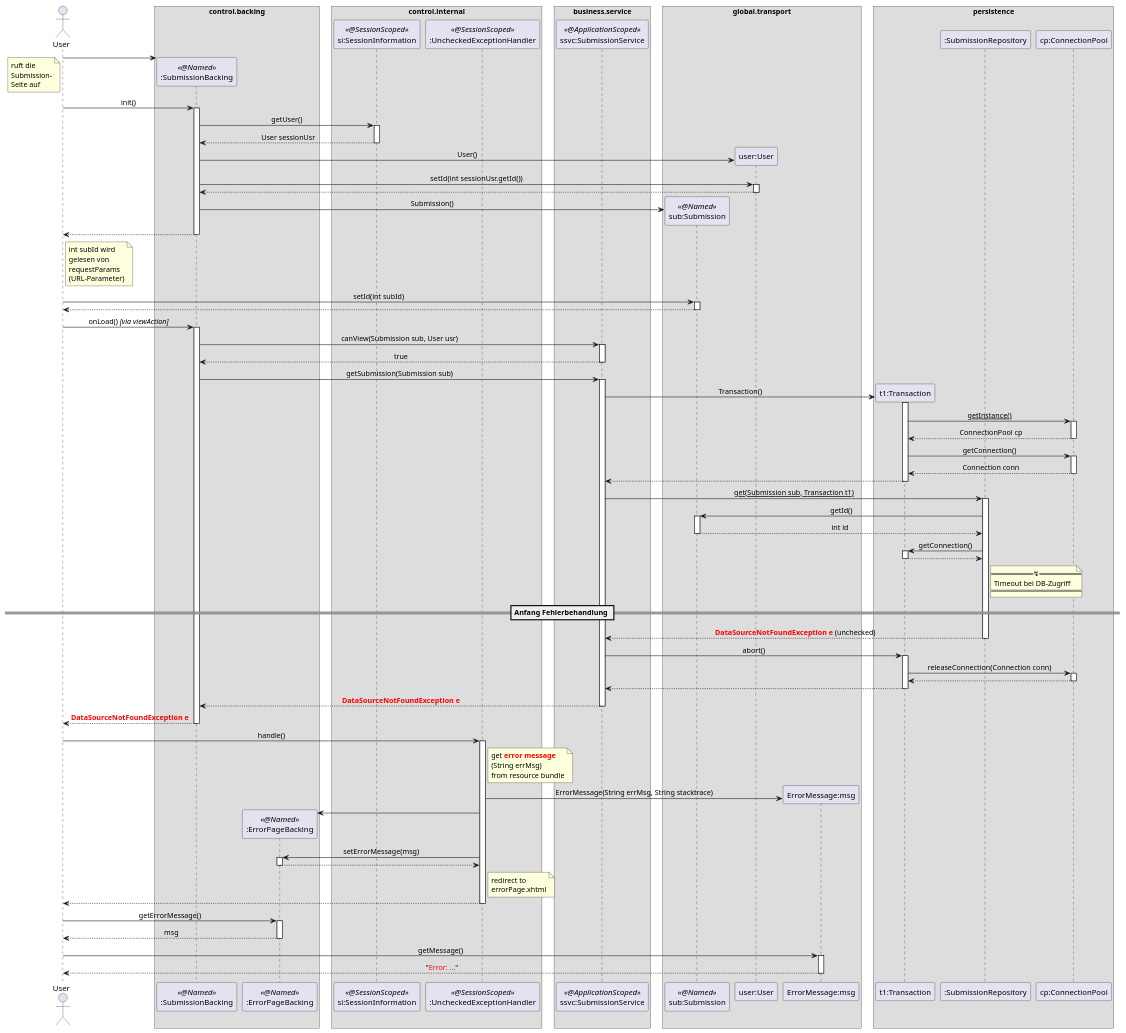
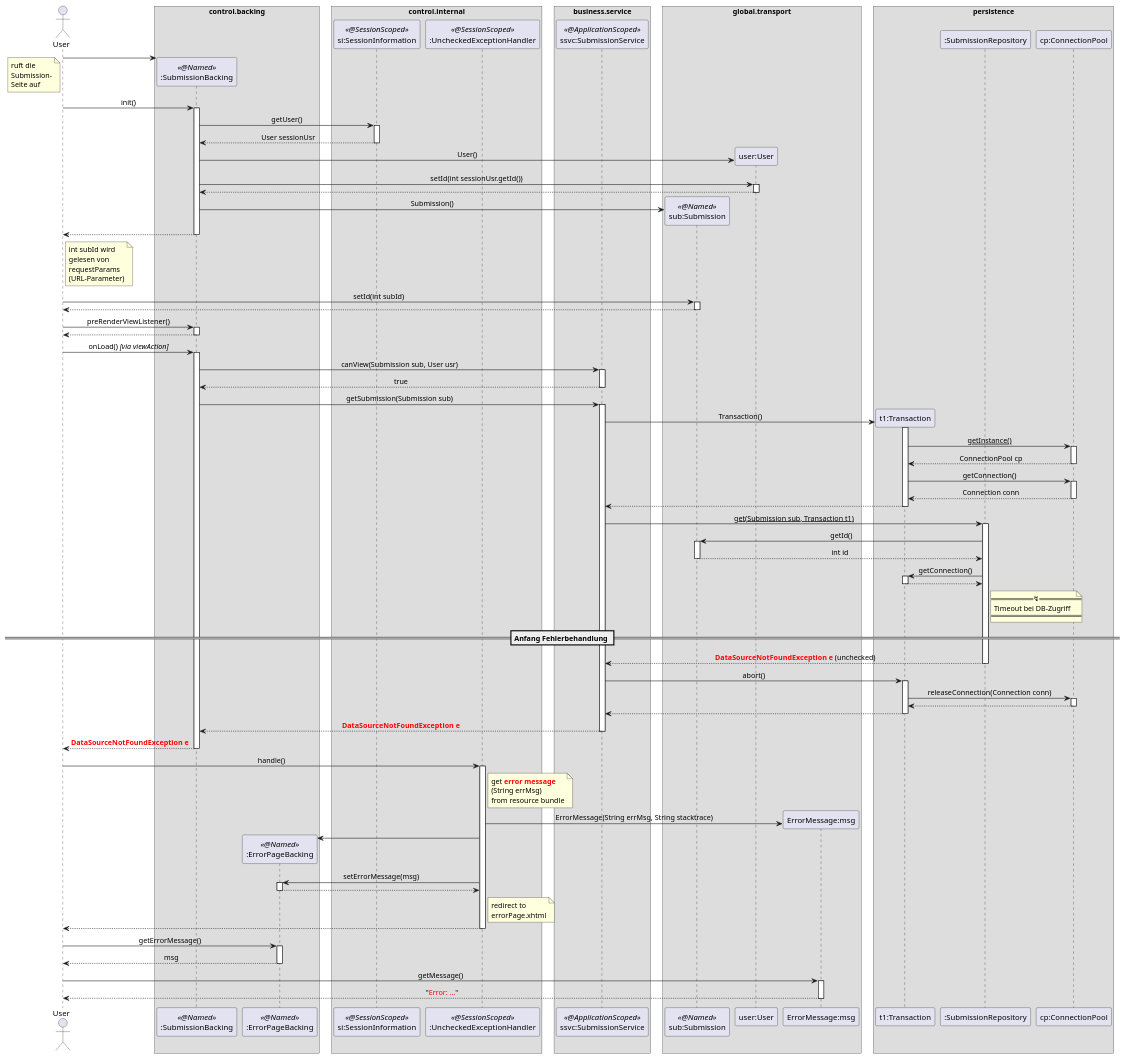
Before and after one commit to guersterst/LasEs: the diagram in docs/Feinspezi/puml/upload_revision_failure.puml, drawn with PlantUML. The commit also changed 1 other file, not shown here.

Commit message:
add preRenderViewListener() call

```diff
--- a/docs/Feinspezi/puml/upload_revision_failure.puml
+++ b/docs/Feinspezi/puml/upload_revision_failure.puml
@@ -1,138 +1,140 @@
 @startuml
 'https://plantuml.com/sequence-diagram
 
 '!theme aws-orange
 skinparam sequenceMessageAlign center
 skinparam BoxPadding 10
 'skinparam LifelineStrategy nosolid
 'autonumber
 'autoactivate on
 'hide footbox
 
 actor User as user
 
 box "control.backing"
     participant ":SubmissionBacking" as sb << @Named >>
     participant ":ErrorPageBacking" as epb << @Named >>
 end box
 'box "???"
 '    participant ":ResourceBundle" as rscBundle
 'end box
 box "control.internal"
     participant "si:SessionInformation" as si << @SessionScoped >>
     participant ":UncheckedExceptionHandler" as eh << @SessionScoped >>
 end box
 box "control.validation"
 end box
 box "business.service"
     participant "ssvc:SubmissionService" as ssvc << @ApplicationScoped >>
 end box
 box "global.transport"
     participant "sub:Submission" as sub << @Named >>
     participant "user:User" as usr
     participant "ErrorMessage:msg" as msg
 end box
 box persistence
     participant "t1:Transaction" as t1
     participant ":SubmissionRepository" as sr
     participant "cp:ConnectionPool" as cp
 end box
 
 create sb
 user -> sb
 note left
     ruft die
     Submission-
     Seite auf
 end note
 user -> sb : init()
 activate sb
     sb -> si ++ : getUser()
     return User sessionUsr
     sb -> usr ** : User()
     sb -> usr ++ : setId(int sessionUsr.getId())
     return
     sb -> sub ** : Submission()
 return
 
 note right of user
     int subId wird
     gelesen von
     requestParams
     (URL-Parameter)
 end note
 user -> sub ++ : setId(int subId)
 return
 
+user -> sb ++ : preRenderViewListener()
+return
 
 user -> sb ++ : onLoad() //[via viewAction]//
     sb -> ssvc ++ : canView(Submission sub, User usr)
     return true
 
     sb -> ssvc : getSubmission(Submission sub)
     activate ssvc
         ssvc -> t1 ** : Transaction()
         activate t1
             t1 -> cp : __getInstance()__
             activate cp
             return ConnectionPool cp
             t1 -> cp : getConnection()
             activate cp
             return Connection conn
         return
         ssvc -> sr : __get(Submission sub, Transaction t1)__
         activate sr
             sr -> sub : getId()
             activate sub
             return int id
             sr -> t1 ++ : getConnection()
             return
         note right of sr
         == ↯ ==
         Timeout bei DB-Zugriff
         ====
         end note
 
 == Anfang Fehlerbehandlung ==
         return <font color=red><b>DataSourceNotFoundException e</b></font> (unchecked)
 
         ssvc -> t1 ++ : abort()
             t1 -> cp ++ : releaseConnection(Connection conn)
             return
         return
 
     return <font color=red><b>DataSourceNotFoundException e
 return <font color=red><b>DataSourceNotFoundException e
 
 user -> eh ++ : handle()
     note right of eh
     get <font color=red><b>error</b></font> <font color=red><b>message</b></font>
     (String errMsg)
     from resource bundle
     end note
 
     eh -> msg ** : ErrorMessage(String errMsg, String stacktrace)
 
     eh -> epb **
     eh -> epb ++ : setErrorMessage(msg)
     return
 
     note right of eh
     redirect to
     errorPage.xhtml
     end note
 
 return
 
 user -> epb ++ : getErrorMessage()
 return msg
 user -> msg ++ : getMessage()
 return "<font color=red>Error: ...</font>"
 
 'note left
 'Die Ablehnung war
 'nicht erfolgreich
 'end note
 
 
 @enduml
```
